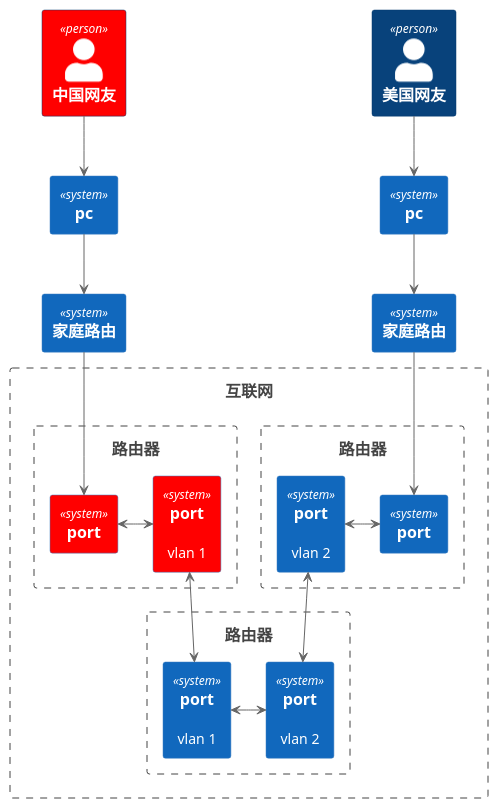
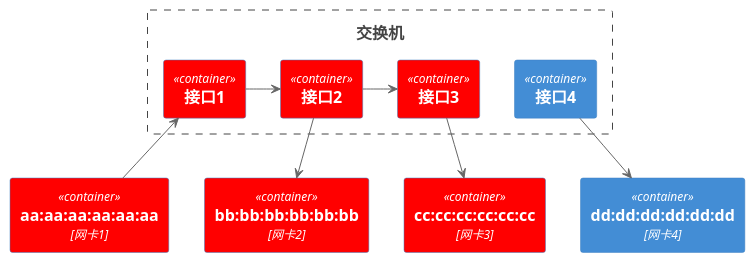
The third of 3 diagrams in 云与虚拟化/网络/基础知识/二层网络和常用设备简介/readme.md (gardenerframework/impatiens), drawn with PlantUML before and after one commit. The commit also changed other lines of this file and 5 other files, not shown here.

````diff
--- a/云与虚拟化/网络/基础知识/二层网络和常用设备简介/readme.md
+++ b/云与虚拟化/网络/基础知识/二层网络和常用设备简介/readme.md
@@ -143,44 +143,27 @@
 ```plantuml
 @startuml
 !include  https://plantuml.s3.cn-north-1.jdcloud-oss.com/C4_Container.puml
 
-Person(中国网友, 中国网友) #red
-Person(美国网友, 美国网友)
+Container(aa, aa:aa:aa:aa:aa:aa, 网卡1) #red
+Container(bb, bb:bb:bb:bb:bb:bb, 网卡2) #red
+Container(cc, cc:cc:cc:cc:cc:cc, 网卡3) #red 
+Container(dd, dd:dd:dd:dd:dd:dd, 网卡4) 
 
-System(pc1, pc)
-System(pc2, pc)
-
-System(家庭路由1, 家庭路由)
-System(家庭路由2, 家庭路由)
-
-Boundary(互联网, 互联网) {
-    Boundary(交换机1, 路由器)  {
-        System(port1, port) #red
-        System(port2, port, vlan 1) #red
-        port1 <-r-> port2
-    }
-    Boundary(交换机2, 路由器) {
-        System(port3, port)
-        System(port4, port, vlan 2)
-        port3 <-l-> port4
-    } 
-    Boundary(路由器3, 路由器) {
-        System(port5, port, vlan 1)
-        System(port6, port, vlan 2)
-        port5 <-l-> port6
-    } 
+Boundary(交换机, 交换机) {
+    Container(接口1, 接口1) #red
+    Container(接口2, 接口2) #red
+    Container(接口3, 接口3) #red
+    Container(接口4, 接口4)
 }
 
+接口1 <-d- aa
+接口2 -d-> bb
+接口3 -d-> cc
+接口4 -d-> dd
 
-中国网友--> pc1
-美国网友--> pc2
 
-pc1-->家庭路由1
-pc2-->家庭路由2
+接口1 -r-> 接口2
+接口2 -r-> 接口3
 
-家庭路由1-->port1
-port2<-d->port5
-port4<-d->port6
-家庭路由2-->port3
 @enduml
 ```
````
